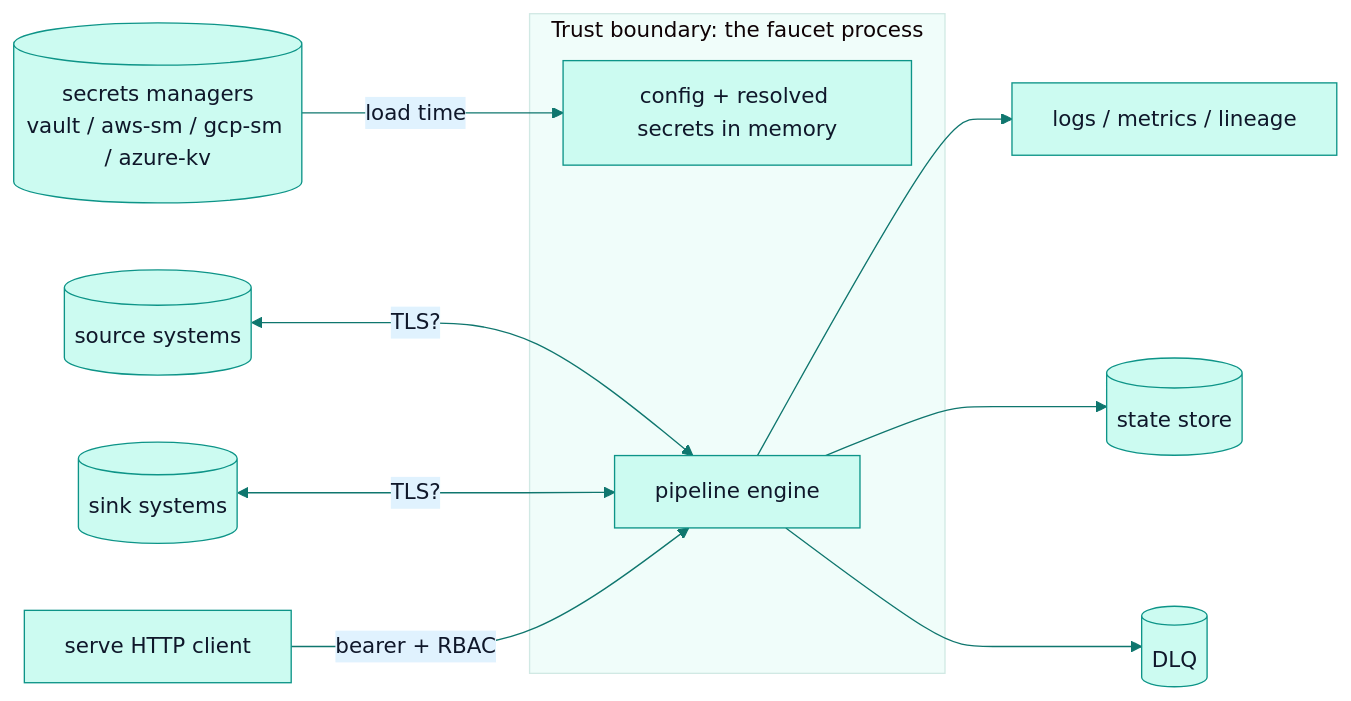
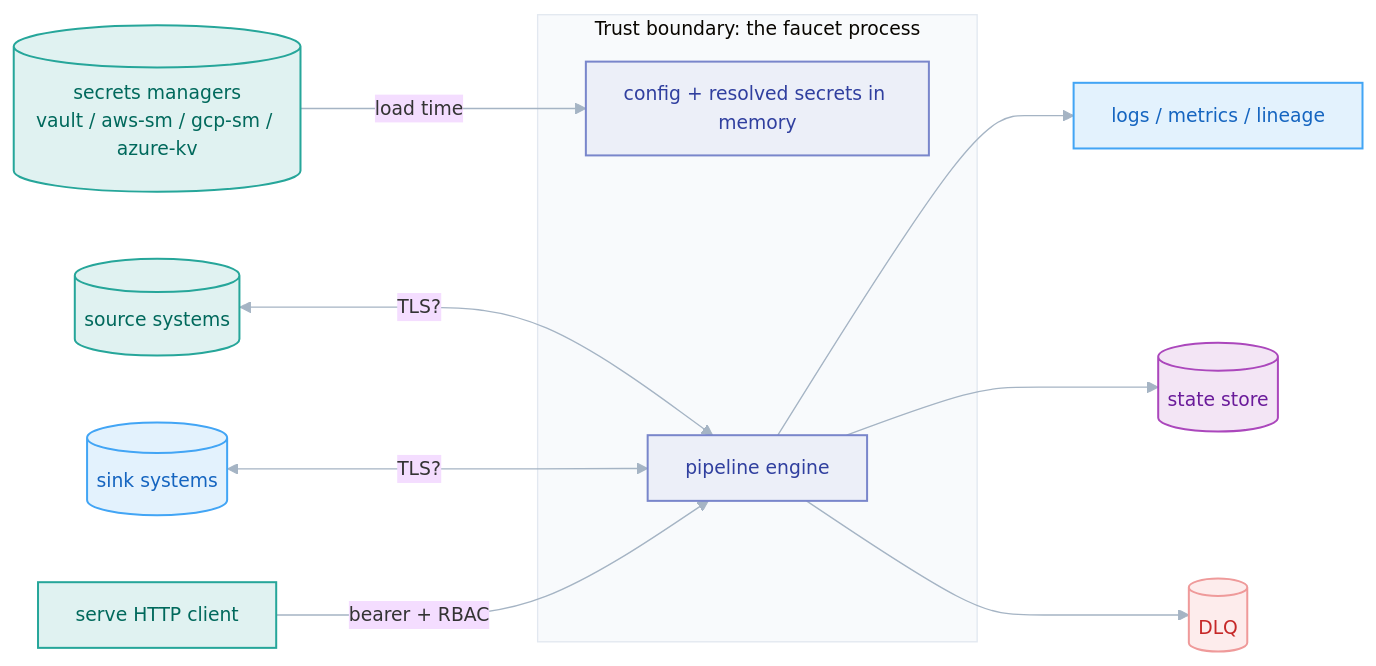
The diagram in docs/architecture/security.md (PawanSikawat/faucet-stream), drawn with Mermaid before and after one commit. The commit also changed 28 other files, not shown here.

First line of the commit message:
docs: upgrade Mermaid diagrams to V2 role-coded style

````diff
--- a/docs/architecture/security.md
+++ b/docs/architecture/security.md
@@ -34,15 +34,25 @@
 ```mermaid
-%%{init: {'theme':'base','themeVariables':{'primaryColor':'#ccfbf1','primaryTextColor':'#0f172a','primaryBorderColor':'#0d9488','lineColor':'#0f766e','secondaryColor':'#e0f2fe','tertiaryColor':'#f0fdfa','fontFamily':'-apple-system,BlinkMacSystemFont,Segoe UI,sans-serif'}}}%%
+%%{init: {'theme':'base','flowchart':{'curve':'basis','nodeSpacing':50,'rankSpacing':72,'padding':14},'themeVariables':{'fontFamily':'-apple-system,BlinkMacSystemFont,Segoe UI,sans-serif','fontSize':'14px','lineColor':'#a5b4c4','clusterBkg':'#f8fafc','clusterBorder':'#e2e8f0'}}}%%
 flowchart LR
     subgraph Trusted[Trust boundary: the faucet process]
       cfg[config + resolved secrets in memory]
       eng[pipeline engine]
     end
     SM[(secrets managers<br/>vault / aws-sm / gcp-sm / azure-kv)] -->|load time| cfg
     src[(source systems)] <-->|TLS?| eng
     snk[(sink systems)] <-->|TLS?| eng
     eng --> logs[logs / metrics / lineage]
     eng --> state[(state store)]
     eng --> dlq[(DLQ)]
     client[serve HTTP client] -->|bearer + RBAC| eng
+    classDef src fill:#e0f2f1,stroke:#26a69a,stroke-width:1.5px,color:#00695c
+    classDef proc fill:#eceff8,stroke:#7986cb,stroke-width:1.5px,color:#303f9f
+    classDef bad fill:#fdecec,stroke:#ef9a9a,stroke-width:1.5px,color:#c62828
+    classDef store fill:#f3e5f5,stroke:#ab47bc,stroke-width:1.5px,color:#6a1b9a
+    classDef sink fill:#e3f2fd,stroke:#42a5f5,stroke-width:1.5px,color:#1565c0
+    class src,SM,client src
+    class cfg,eng proc
+    class dlq bad
+    class state store
+    class snk,logs sink
 ```
````
